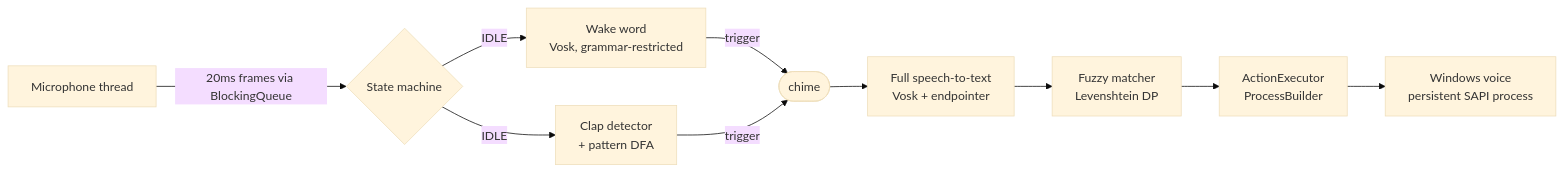
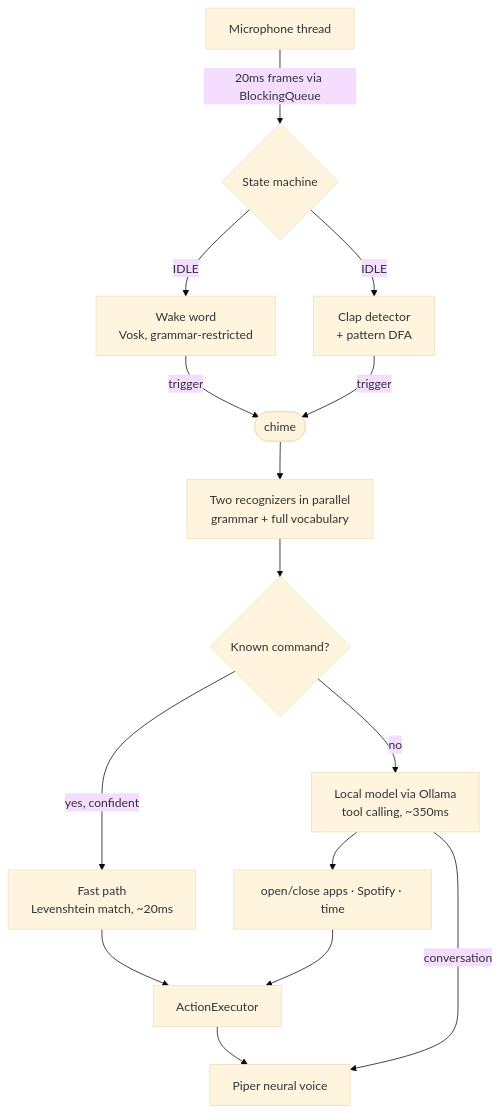
The diagram in README.md (crstpher/jarvis), drawn with Mermaid (base theme) before and after one commit. The commit also changed other lines of this file and 19 other files, not shown here.

First line of the commit message:
Add local AI brain, Spotify control and neural voice

````diff
--- a/README.md
+++ b/README.md
@@ -10,12 +11,17 @@
 ```mermaid
-flowchart LR
+flowchart TB
     MIC[Microphone thread] -->|20ms frames via BlockingQueue| ORCH{State machine}
-    ORCH -->|IDLE| WAKE[Wake word\nVosk, grammar-restricted]
-    ORCH -->|IDLE| CLAP[Clap detector\n+ pattern DFA]
+    ORCH -->|IDLE| WAKE[Wake word<br/>Vosk, grammar-restricted]
+    ORCH -->|IDLE| CLAP[Clap detector<br/>+ pattern DFA]
     WAKE -->|trigger| CHIME([chime])
     CLAP -->|trigger| CHIME
-    CHIME --> LISTEN[Full speech-to-text\nVosk + endpointer]
-    LISTEN --> MATCH[Fuzzy matcher\nLevenshtein DP]
-    MATCH --> ACT[ActionExecutor\nProcessBuilder]
-    ACT --> TTS[Windows voice\npersistent SAPI process]
+    CHIME --> DUAL[Two recognizers in parallel<br/>grammar + full vocabulary]
+    DUAL --> ROUTE{Known command?}
+    ROUTE -->|yes, confident| FAST[Fast path<br/>Levenshtein match, ~20ms]
+    ROUTE -->|no| AI[Local model via Ollama<br/>tool calling, ~350ms]
+    AI --> TOOLS[open/close apps · Spotify · time]
+    FAST --> ACT[ActionExecutor]
+    TOOLS --> ACT
+    ACT --> TTS[Piper neural voice]
+    AI -->|conversation| TTS
 ```
````
